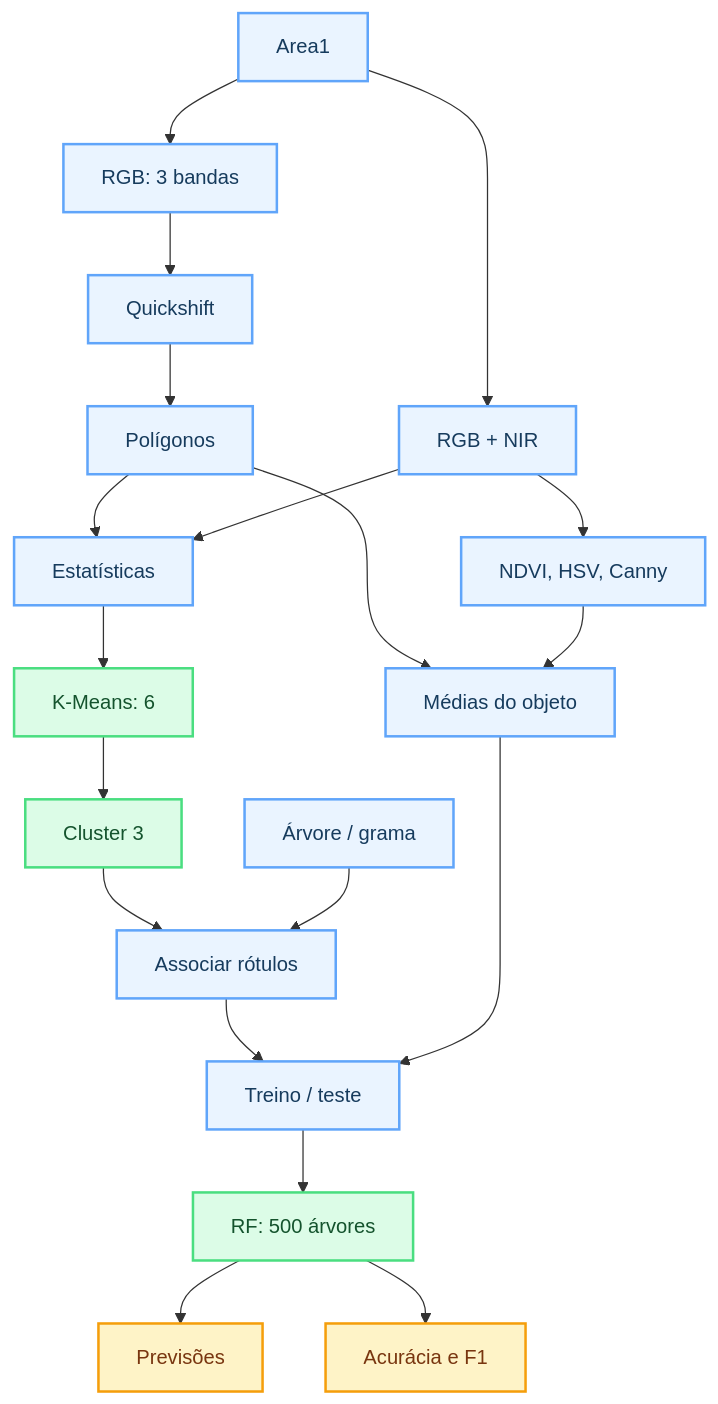
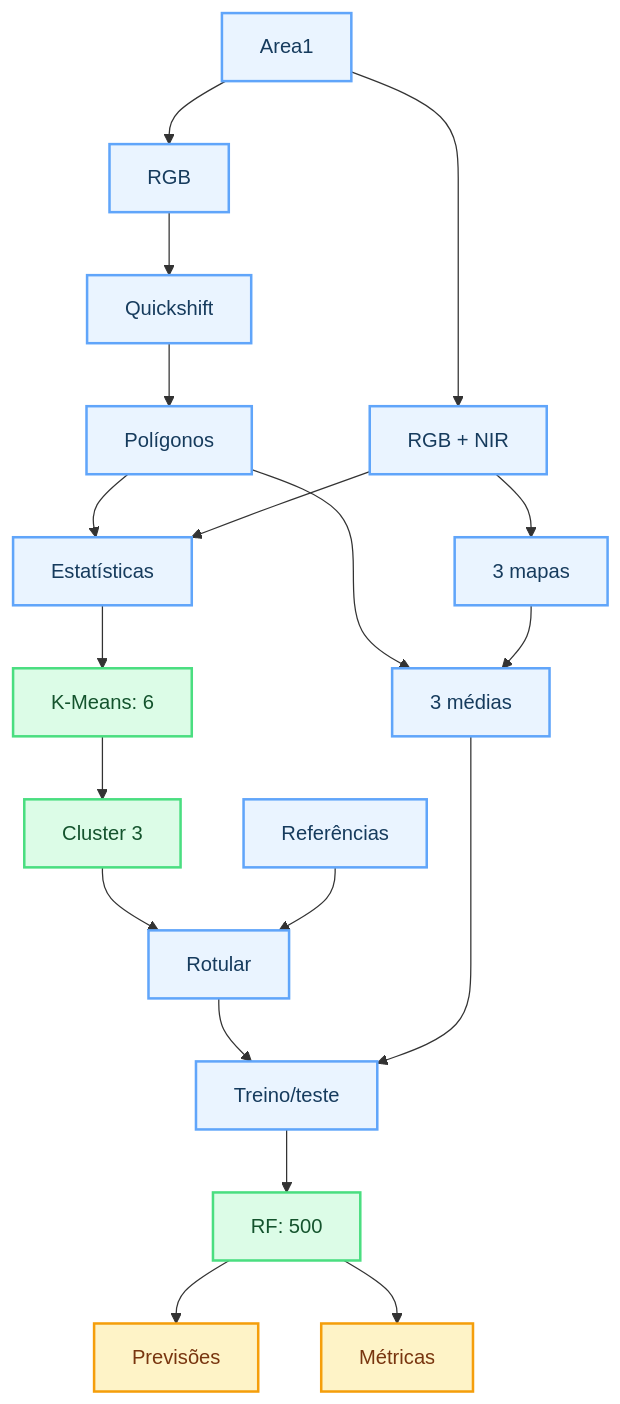
Before and after one commit to BrenoBragaGalvao/mestrado-arvores-urbanas: the first of 2 diagrams in README.md, drawn with Mermaid. The commit also changed other lines of this file, not shown here.

Commit message:
docs: encurtar rótulos nos Mermaid das propostas para reduzir cortes no GitHub

````diff
--- a/README.md
+++ b/README.md
@@ -57,28 +57,28 @@
 ```mermaid
 flowchart TD
-    A["Area1"] --> B["RGB: 3 bandas"]
+    A["Area1"] --> B["RGB"]
     A --> C["RGB + NIR"]
     B --> D["Quickshift"]
     D --> E["Polígonos"]
     E --> F["Estatísticas"]
     C --> F
     F --> G["K-Means: 6"]
     G --> H["Cluster 3"]
-    H --> I["Associar rótulos"]
-    P["Árvore / grama"] --> I
-    C --> X["NDVI, HSV, Canny"]
-    E --> Y["Médias do objeto"]
+    H --> I["Rotular"]
+    P["Referências"] --> I
+    C --> X["3 mapas"]
+    E --> Y["3 médias"]
     X --> Y
-    I --> T["Treino / teste"]
+    I --> T["Treino/teste"]
     Y --> T
-    T --> R["RF: 500 árvores"]
+    T --> R["RF: 500"]
     R --> S["Previsões"]
-    R --> U["Acurácia e F1"]
+    R --> U["Métricas"]
 
     classDef entrada fill:#eaf4ff,stroke:#60a5fa,color:#163b5d,stroke-width:2px;
     classDef metodo fill:#dcfce7,stroke:#4ade80,color:#14532d,stroke-width:2px;
     classDef resultado fill:#fef3c7,stroke:#f59e0b,color:#78350f,stroke-width:2px;
     class A,B,C,D,E,F,P,X,Y,I,T entrada;
     class G,H,R metodo;
     class S,U resultado;
 ```
````
